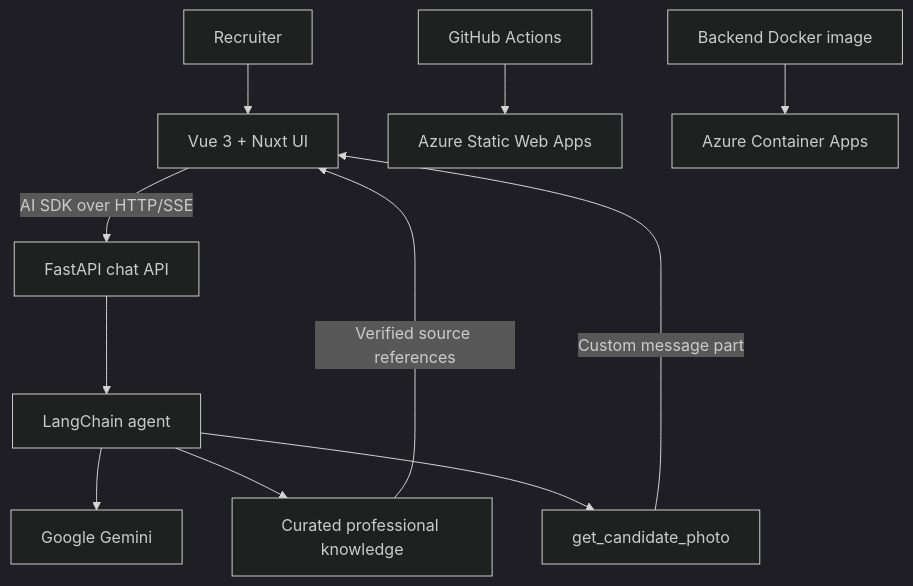
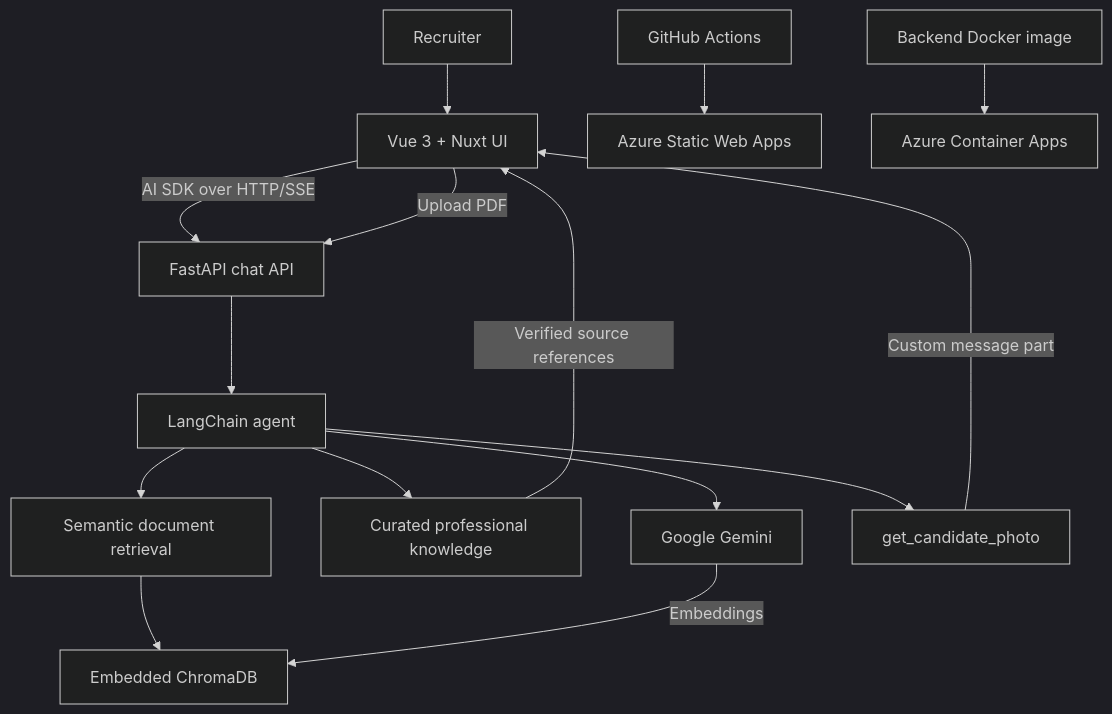
One commit to JeykerSalinas/awesome-ai-profile changed the diagram in README.md. Above: the diagram before and after it, drawn with Mermaid (dark theme). The commit also changed other lines of this file and 18 other files, not shown here.

Commit message:
feat: add document-scoped PDF RAG with embedded ChromaDB

````diff
--- a/README.md
+++ b/README.md
@@ -42,13 +44,17 @@
 ```mermaid
 flowchart TD
     Recruiter[Recruiter] --> Frontend[Vue 3 + Nuxt UI]
     Frontend -->|AI SDK over HTTP/SSE| API[FastAPI chat API]
     API --> Agent[LangChain agent]
     Agent --> Gemini[Google Gemini]
     Agent --> Knowledge[Curated professional knowledge]
+    Agent --> RAG[Semantic document retrieval]
+    RAG --> Chroma[Embedded ChromaDB]
+    Gemini -->|Embeddings| Chroma
+    Frontend -->|Upload PDF| API
     Agent --> Photo[get_candidate_photo]
     Knowledge -->|Verified source references| Frontend
     Photo -->|Custom message part| Frontend
     GitHub[GitHub Actions] --> AzureWeb[Azure Static Web Apps]
     Docker[Backend Docker image] --> AzureAPI[Azure Container Apps]
 ```
````
